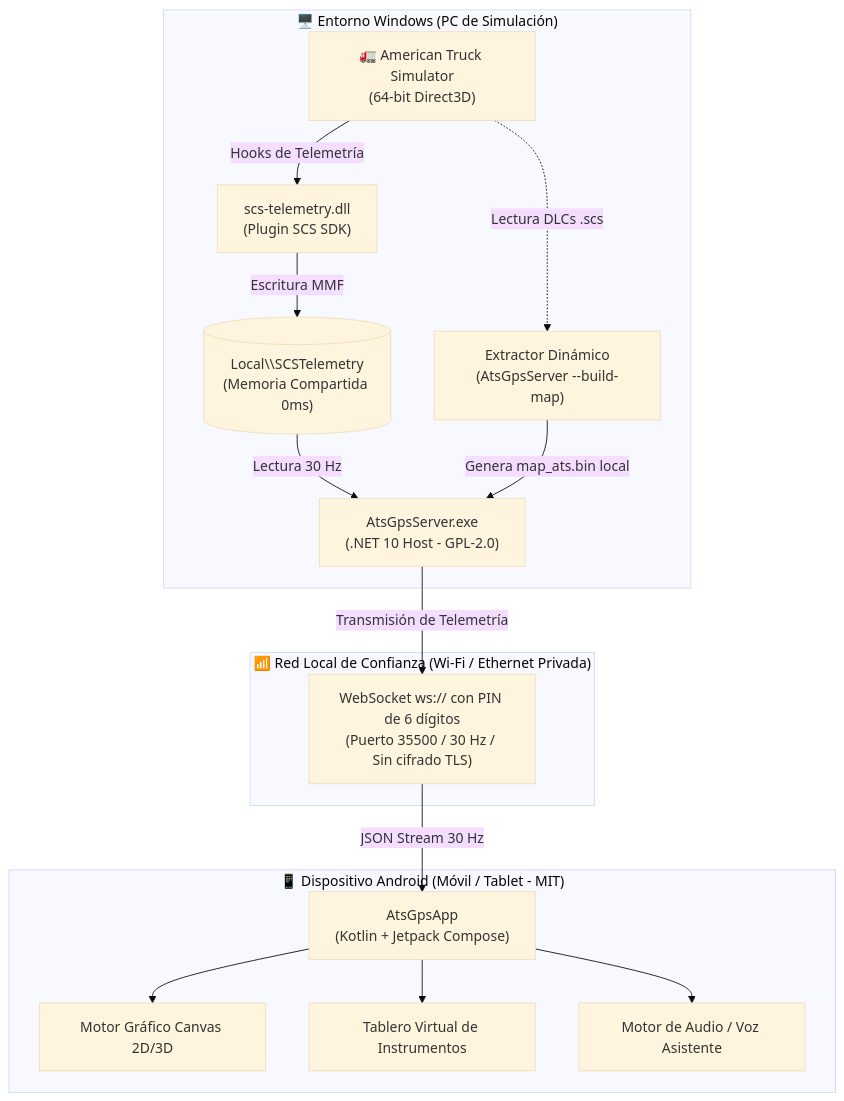
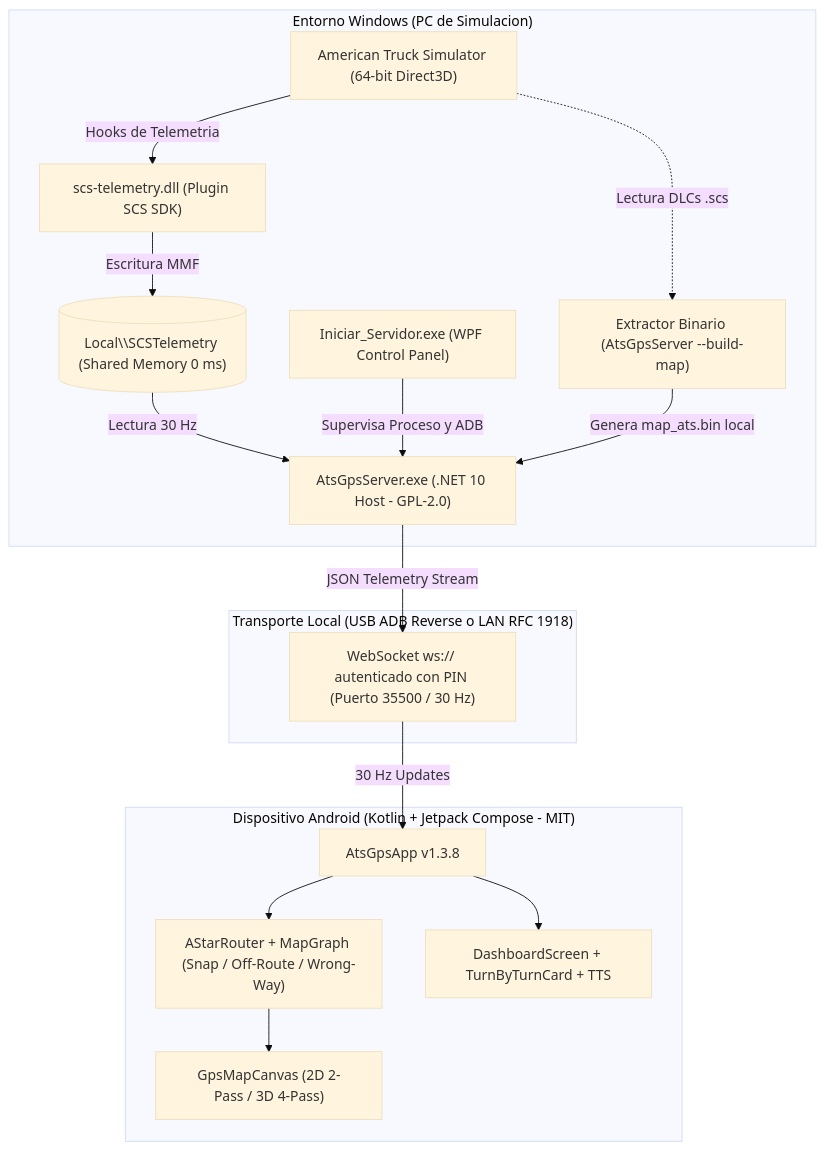
One commit to Gamavg06/GpsATS changed the diagram in README.md. Above: the diagram before and after it, drawn with Mermaid (base theme). The commit also changed other lines of this file and 19 other files, not shown here.

Commit message:
feat(v1.3.8): ATS map-matching, momentum A* routing, wrong-way alert, clean 2D/3D canvas passes, launcher and docs

````diff
--- a/README.md
+++ b/README.md
@@ -90,34 +50,36 @@
 ```mermaid
 flowchart TD
-    subgraph PC["🖥️ Entorno Windows (PC de Simulación)"]
-        ATS["🚛 American Truck Simulator\n(64-bit Direct3D)"]
-        SDK["scs-telemetry.dll\n(Plugin SCS SDK)"]
-        MMF[("Local\\SCSTelemetry\n(Memoria Compartida 0ms)")]
-        Server["AtsGpsServer.exe\n(.NET 10 Host - GPL-2.0)"]
-        MapExtractor["Extractor Dinámico\n(AtsGpsServer --build-map)"]
+    subgraph PC["Entorno Windows (PC de Simulacion)"]
+        ATS["American Truck Simulator (64-bit Direct3D)"]
+        SDK["scs-telemetry.dll (Plugin SCS SDK)"]
+        MMF[("Local\\SCSTelemetry (Shared Memory 0 ms)")]
+        Launcher["Iniciar_Servidor.exe (WPF Control Panel)"]
+        Server["AtsGpsServer.exe (.NET 10 Host - GPL-2.0)"]
+        MapExtractor["Extractor Binario (AtsGpsServer --build-map)"]
 
-        ATS -->|Hooks de Telemetría| SDK
+        ATS -->|Hooks de Telemetria| SDK
         SDK -->|Escritura MMF| MMF
         MMF -->|Lectura 30 Hz| Server
+        Launcher -->|Supervisa Proceso y ADB| Server
         ATS -.->|Lectura DLCs .scs| MapExtractor
         MapExtractor -->|Genera map_ats.bin local| Server
     end
 
-    subgraph LAN["📶 Red Local de Confianza (Wi-Fi / Ethernet Privada)"]
-        WS["WebSocket ws:// con PIN de 6 dígitos\n(Puerto 35500 / 30 Hz / Sin cifrado TLS)"]
+    subgraph Transport["Transporte Local (USB ADB Reverse o LAN RFC 1918)"]
+        WS["WebSocket ws:// autenticado con PIN (Puerto 35500 / 30 Hz)"]
     end
 
-    subgraph Mobile["📱 Dispositivo Android (Móvil / Tablet - MIT)"]
-        Client["AtsGpsApp\n(Kotlin + Jetpack Compose)"]
-        Canvas3D["Motor Gráfico Canvas 2D/3D"]
-        HUDView["Tablero Virtual de Instrumentos"]
-        TTS["Motor de Audio / Voz Asistente"]
+    subgraph Mobile["Dispositivo Android (Kotlin + Jetpack Compose - MIT)"]
+        Client["AtsGpsApp v1.3.8"]
+        Router["AStarRouter + MapGraph (Snap / Off-Route / Wrong-Way)"]
+        Canvas["GpsMapCanvas (2D 2-Pass / 3D 4-Pass)"]
+        HUD["DashboardScreen + TurnByTurnCard + TTS"]
 
-        Client --> Canvas3D
-        Client --> HUDView
-        Client --> TTS
+        Client --> Router
+        Router --> Canvas
+        Client --> HUD
     end
 
-    Server -->|Transmisión de Telemetría| WS
-    WS -->|JSON Stream 30 Hz| Client
+    Server -->|JSON Telemetry Stream| WS
+    WS -->|30 Hz Updates| Client
 ```
````
